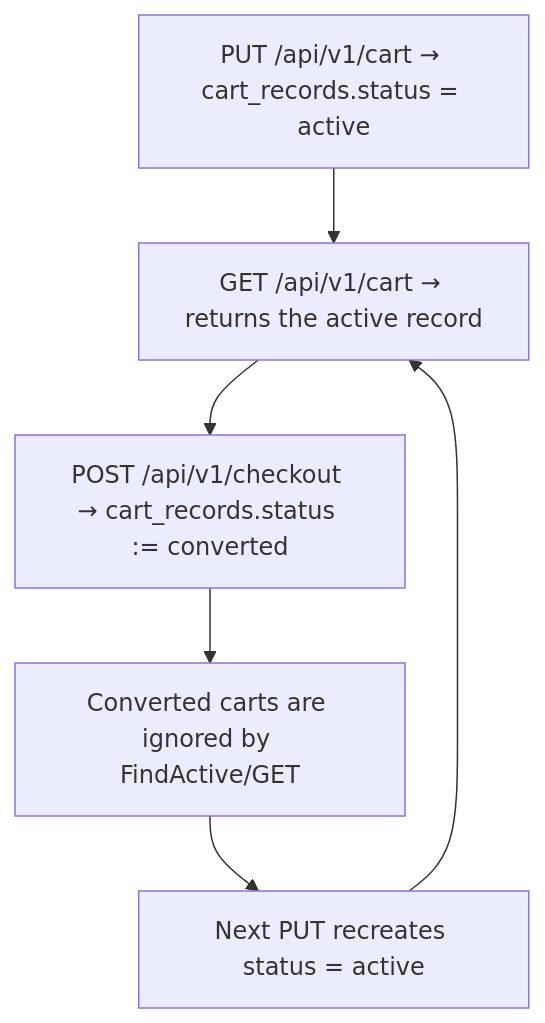
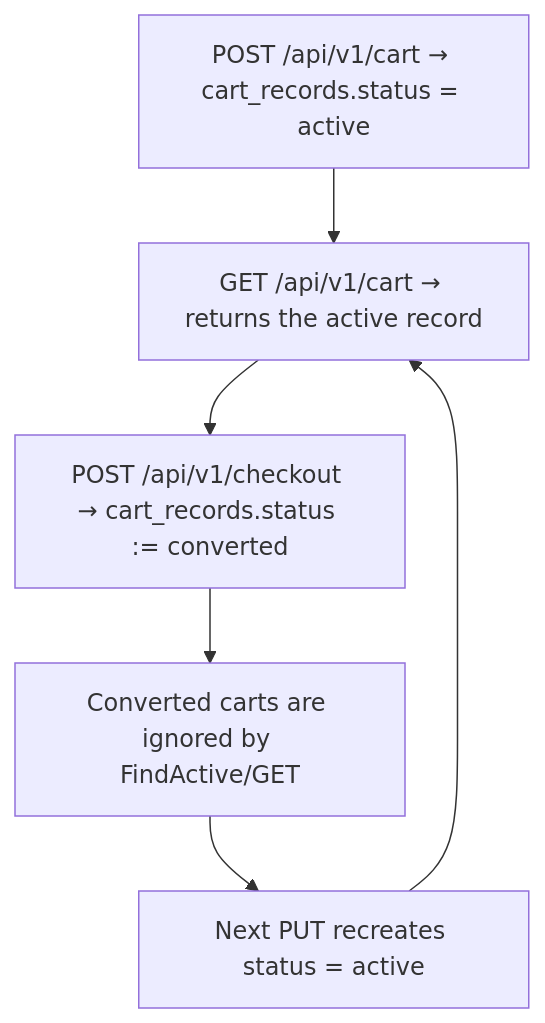
The second of 2 diagrams in docs/state/CART_state.md (mondragon-ai/packfinderz-backend), drawn with Mermaid before and after one commit. The commit also changed other lines of this file and 15 other files, not shown here.

````diff
--- a/docs/state/CART_state.md
+++ b/docs/state/CART_state.md
@@ -194,13 +188,13 @@
 ```mermaid
 flowchart TD
-  A[PUT /api/v1/cart → cart_records.status = active]
+  A[POST /api/v1/cart → cart_records.status = active]
   B[GET /api/v1/cart → returns the active record]
   C[POST /api/v1/checkout → cart_records.status := converted]
   D[Converted carts are ignored by FindActive/GET]
   E[Next PUT recreates status = active]
   A --> B
   B --> C
   C --> D
   D --> E
   E --> B
 ```
````
